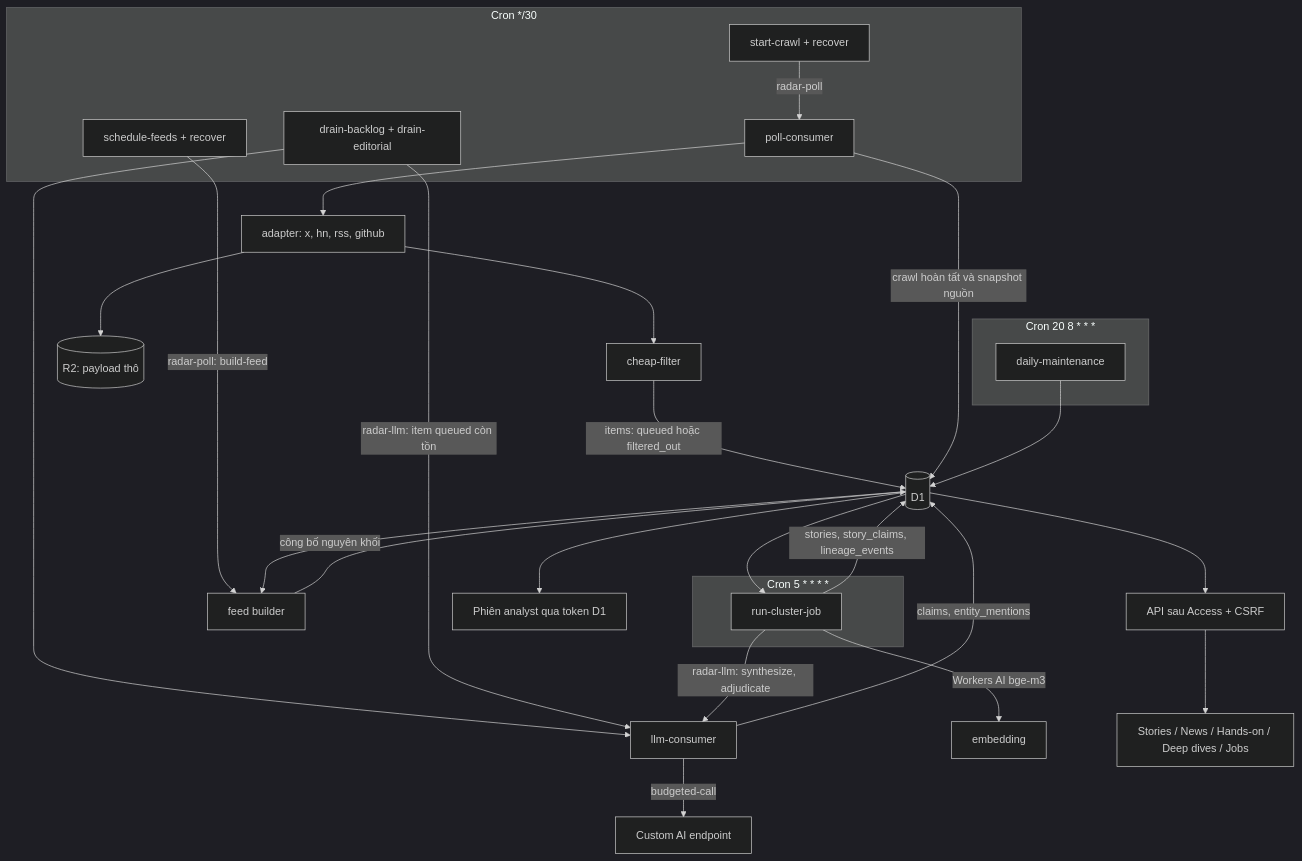
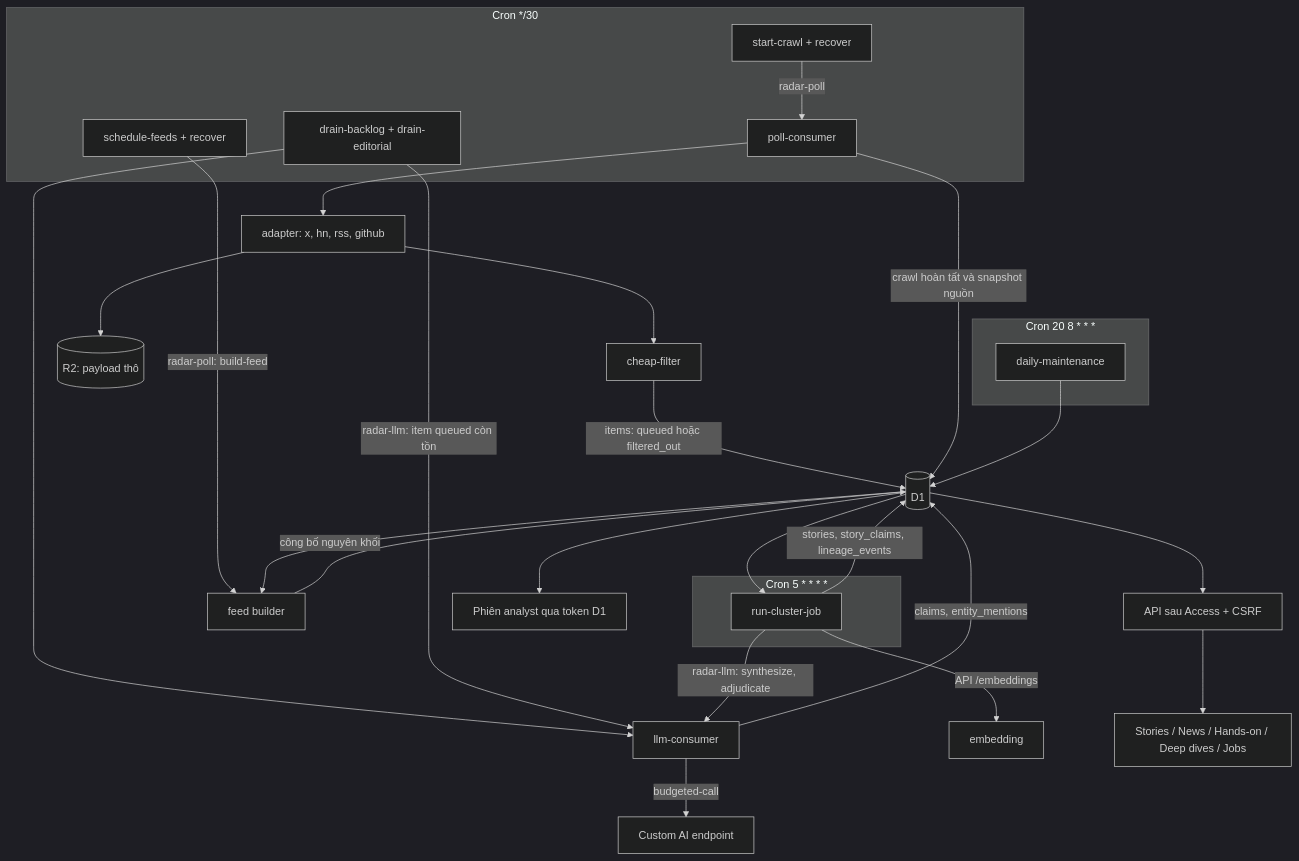
One commit to dijnie/content-radar changed the diagram in docs/architecture.md. Above: the diagram before and after it, drawn with Mermaid (dark theme). The commit also changed other lines of this file and 26 other files, not shown here.

Commit message:
feat: use the configured OpenAI-compatible API for embeddings

````diff
--- a/docs/architecture.md
+++ b/docs/architecture.md
@@ -7,33 +7,33 @@
 ```mermaid
 flowchart TD
   subgraph "Cron */30"
     D[start-crawl + recover] -->|radar-poll| P[poll-consumer]
     DR[drain-backlog + drain-editorial]
     FS[schedule-feeds + recover]
   end
   P --> AD[adapter: x, hn, rss, github]
   AD --> R2[(R2: payload thô)]
   AD --> F[cheap-filter]
   F -->|items: queued hoặc filtered_out| D1[(D1)]
   P -->|crawl hoàn tất và snapshot nguồn| D1
   DR --> L[llm-consumer]
   FS -->|radar-poll: build-feed| FB[feed builder]
   D1 --> FB
   FB -->|công bố nguyên khối| D1
   DR -->|radar-llm: item queued còn tồn| L
   L -->|budgeted-call| G[Custom AI endpoint]
   L -->|claims, entity_mentions| D1
   subgraph "Cron 5 * * * *"
     C[run-cluster-job]
   end
   D1 --> C
-  C -->|Workers AI bge-m3| E[embedding]
+  C -->|API /embeddings| E[embedding]
   C -->|stories, story_claims, lineage_events| D1
   C -->|radar-llm: synthesize, adjudicate| L
   subgraph "Cron 20 8 * * *"
     M[daily-maintenance]
   end
   M --> D1
   D1 --> API[API sau Access + CSRF] --> WEB[Stories / News / Hands-on / Deep dives / Jobs]
   D1 --> AN[Phiên analyst qua token D1]
 ```
````
